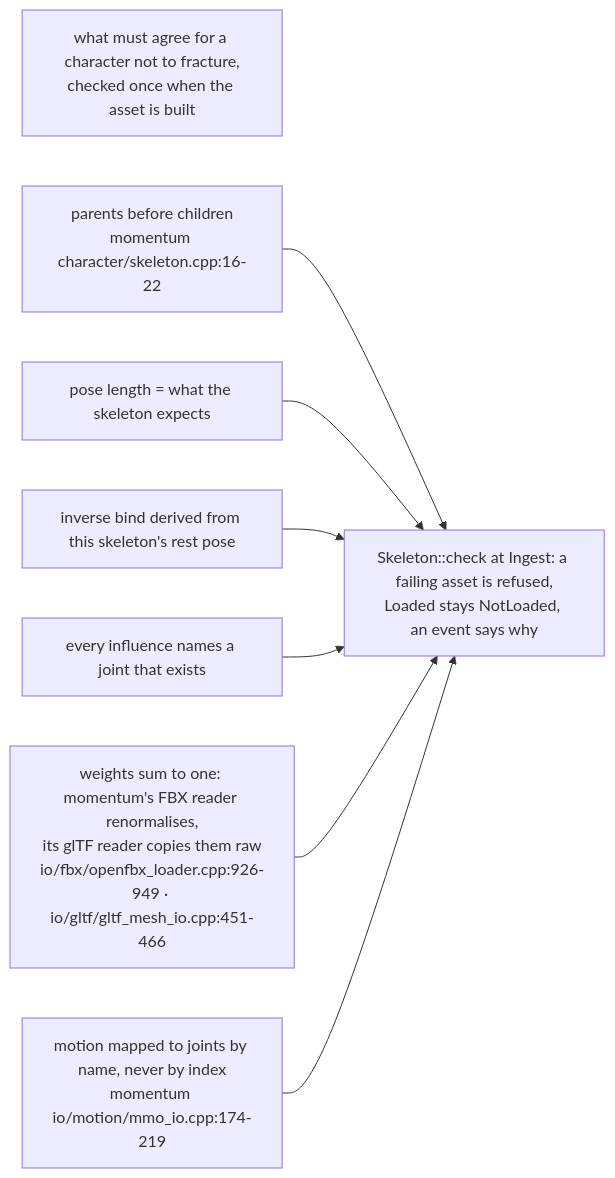
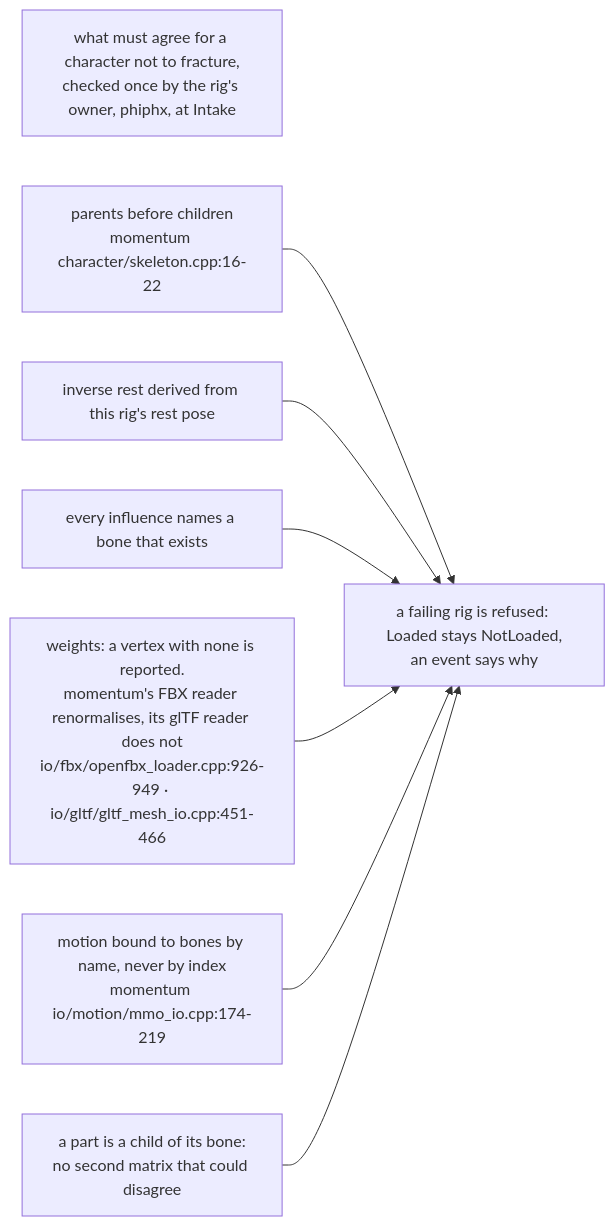
One commit to gemphi/phikit changed the fourth of 4 diagrams in crates/phicore/phiecs/docs/character.md. Above: the diagram before and after it, drawn with Mermaid. The commit also changed other lines of this file and 21 other files, not shown here.

````diff
--- a/crates/phicore/phiecs/docs/character.md
+++ b/crates/phicore/phiecs/docs/character.md
@@ -83,17 +67,17 @@
 ```mermaid
 graph LR
-    key["what must agree for a character not to fracture,<br/>checked once when the asset is built"]
+    key["what must agree for a character not to fracture,<br/>checked once by the rig's owner, phiphx, at Intake"]
     k_order["parents before children<br/>momentum character/skeleton.cpp:16-22"]
-    k_size["pose length = what the skeleton expects"]
-    k_bind["inverse bind derived from this skeleton's rest pose"]
-    k_index["every influence names a joint that exists"]
-    k_sum["weights sum to one: momentum's FBX reader renormalises,<br/>its glTF reader copies them raw<br/>io/fbx/openfbx_loader.cpp:926-949 · io/gltf/gltf_mesh_io.cpp:451-466"]
-    k_name["motion mapped to joints by name, never by index<br/>momentum io/motion/mmo_io.cpp:174-219"]
-    k_refuse["Skeleton::check at Ingest: a failing asset is refused,<br/>Loaded stays NotLoaded, an event says why"]
+    k_bind["inverse rest derived from this rig's rest pose"]
+    k_index["every influence names a bone that exists"]
+    k_sum["weights: a vertex with none is reported.<br/>momentum's FBX reader renormalises, its glTF reader does not<br/>io/fbx/openfbx_loader.cpp:926-949 · io/gltf/gltf_mesh_io.cpp:451-466"]
+    k_name["motion bound to bones by name, never by index<br/>momentum io/motion/mmo_io.cpp:174-219"]
+    k_tree["a part is a child of its bone:<br/>no second matrix that could disagree"]
+    k_refuse["a failing rig is refused: Loaded stays NotLoaded,<br/>an event says why"]
     k_order --> k_refuse
-    k_size --> k_refuse
     k_bind --> k_refuse
     k_index --> k_refuse
     k_sum --> k_refuse
     k_name --> k_refuse
+    k_tree --> k_refuse
 ```
````
